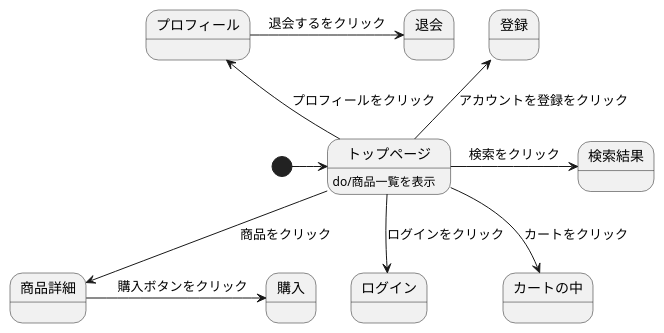
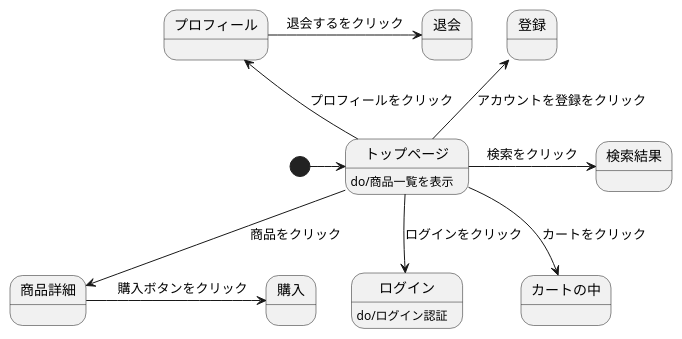
Before and after one commit to Aso2001159/2021sys-design: the diagram in stm01.md, drawn with PlantUML.

````diff
--- a/stm01.md
+++ b/stm01.md
@@ -1,16 +1,17 @@
 ```uml
 
 @startuml
 [*]->トップページ
 トップページ : do/商品一覧を表示
 トップページ-->商品詳細 : 商品をクリック
   商品詳細->購入 :　購入ボタンをクリック
 トップページ-down->ログイン :ログインをクリック
+  ログイン : do/ログイン認証
 トップページ-->カートの中 :カートをクリック
 トップページ-up->登録 :アカウントを登録をクリック
 トップページ->検索結果 :検索をクリック
 トップページ-up->プロフィール :プロフィールをクリック
   プロフィール->退会 :退会するをクリック
 @enduml
 
 ```
````
